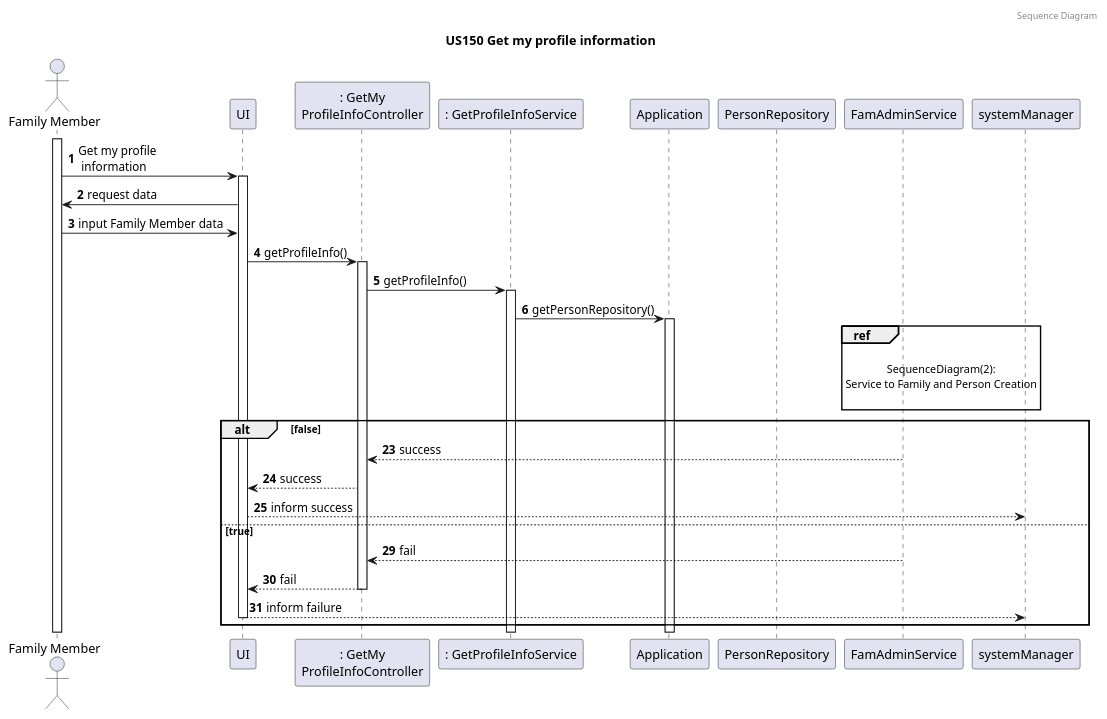
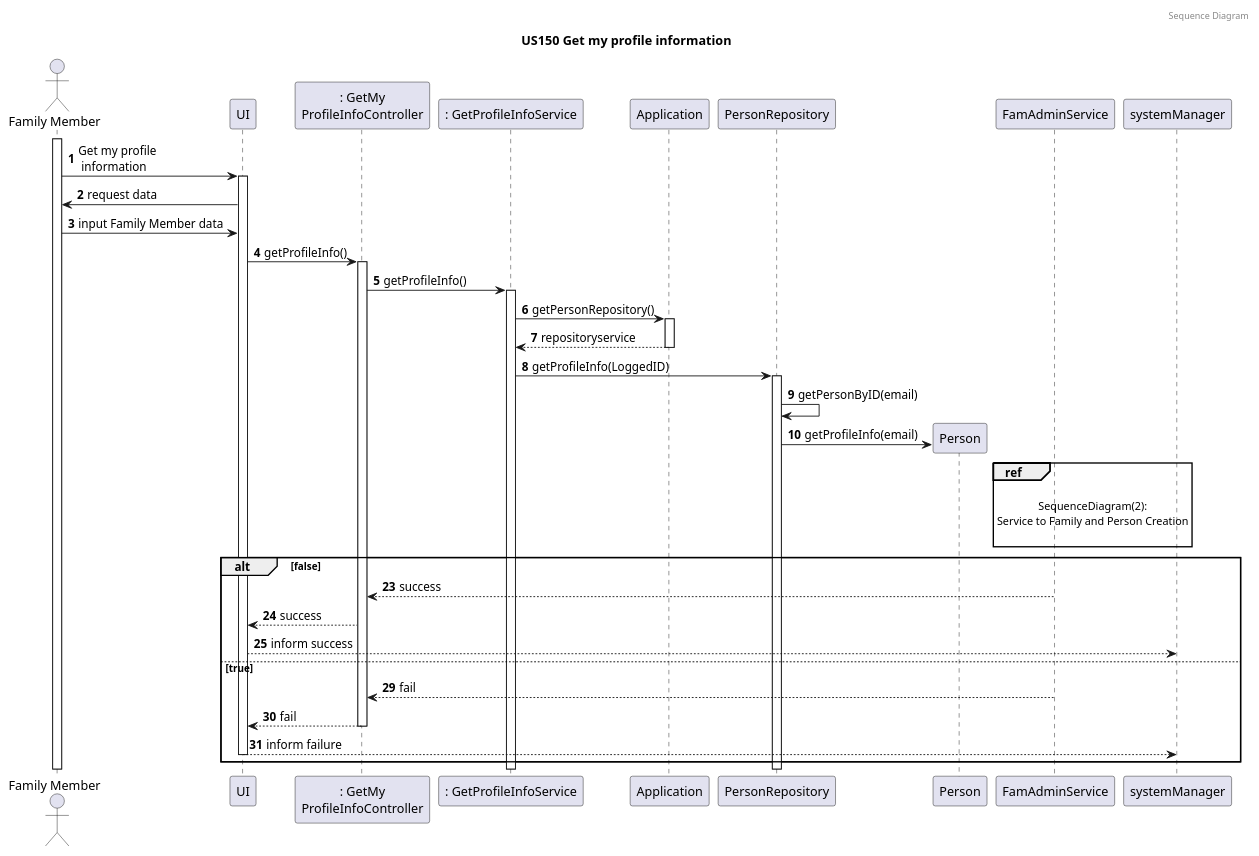
Before and after one commit to tomas-osswald/switch_2020_g3: the third of 5 diagrams in docs/sprint3/user_stories/US150_GetFamilyMemberProfile..md, drawn with PlantUML.

Commit message:
small changes in plant uml

`````diff
--- a/docs/sprint3/user_stories/US150_GetFamilyMemberProfile..md
+++ b/docs/sprint3/user_stories/US150_GetFamilyMemberProfile..md
@@ -103,53 +103,59 @@
 ````puml
 @startuml
 
 autonumber
 header Sequence Diagram
 title US150 Get my profile information
 
 actor "Family Member" as actor
 participant "UI" as UI
 participant ": GetMy\nProfileInfoController" as controller
 participant ": GetProfileInfoService" as service
 participant "Application" as app
 participant "PersonRepository" as repository
+participant "Person" as person
 activate actor
 actor -> UI: Get my profile\n information
 activate UI
 UI -> actor : request data
 actor -> UI : input Family Member data
 UI -> controller : getProfileInfo()
 activate controller
 controller -> service : getProfileInfo()
 activate service
 service -> app : getPersonRepository()
 activate app
+return repositoryservice
+service -> repository : getProfileInfo(LoggedID)
+activate repository
+repository -> repository : getPersonByID(email)
+repository -> person** : getProfileInfo(email)
 ref over FamAdminService
 
 SequenceDiagram(2):
 Service to Family and Person Creation
 
 end
 
 alt #transparent false
 autonumber 23
 
 FamAdminService --> controller : success
 controller --> UI : success
 UI --> systemManager : inform success
 
 else true
 autonumber 29
 
 FamAdminService --> controller : fail
 deactivate FamAdminService
 
 controller --> UI : fail
 deactivate controller
 UI --> systemManager : inform failure
 deactivate UI
 
 
 end
 @enduml
 ````
`````
